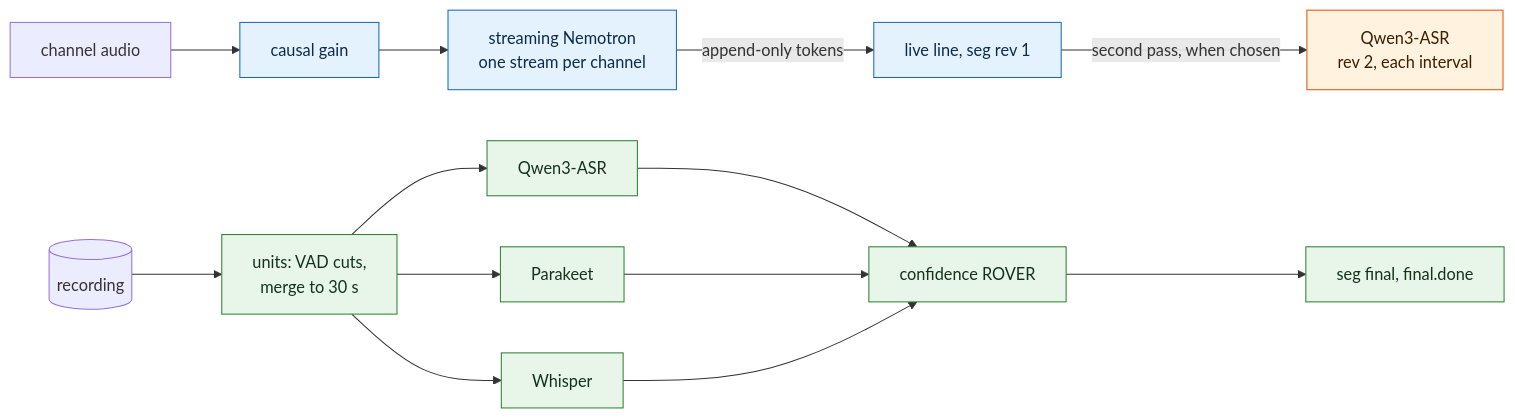
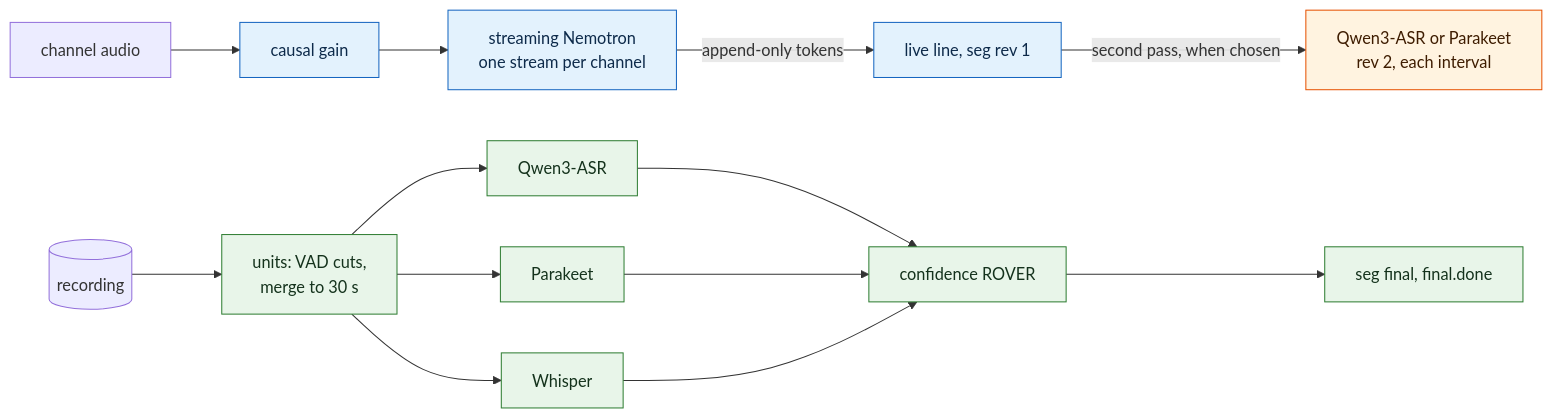
One commit to GeiserX/akou changed the diagram in docs/research/asr-architecture.md. Above: the diagram before and after it, drawn with Mermaid. The commit also changed other lines of this file and 24 other files, not shown here.

````diff
--- a/docs/research/asr-architecture.md
+++ b/docs/research/asr-architecture.md
@@ -20,18 +20,18 @@
 ```mermaid
 flowchart LR
   classDef live fill:#e3f2fd,stroke:#1565c0,color:#0d2a4a
   classDef up fill:#fff3e0,stroke:#e65100,color:#3e1c00
   classDef final fill:#e8f5e9,stroke:#2e7d32,color:#14321c
 
   Mic["channel audio"] --> AGC["causal gain"]:::live --> Str["streaming Nemotron<br/>one stream per channel"]:::live
   Str -->|"append-only tokens"| Line["live line, seg rev 1"]:::live
-  Line -->|"second pass, when chosen"| RQ["Qwen3-ASR<br/>rev 2, each interval"]:::up
+  Line -->|"second pass, when chosen"| RQ["Qwen3-ASR or Parakeet<br/>rev 2, each interval"]:::up
   Rec[("recording")] --> Units["units: VAD cuts,<br/>merge to 30 s"]:::final
   Units --> Q["Qwen3-ASR"]:::final
   Units --> P["Parakeet"]:::final
   Units --> W["Whisper"]:::final
   Q --> Rov["confidence ROVER"]:::final
   P --> Rov
   W --> Rov
   Rov --> Fin["seg final, final.done"]:::final
 ```
````
